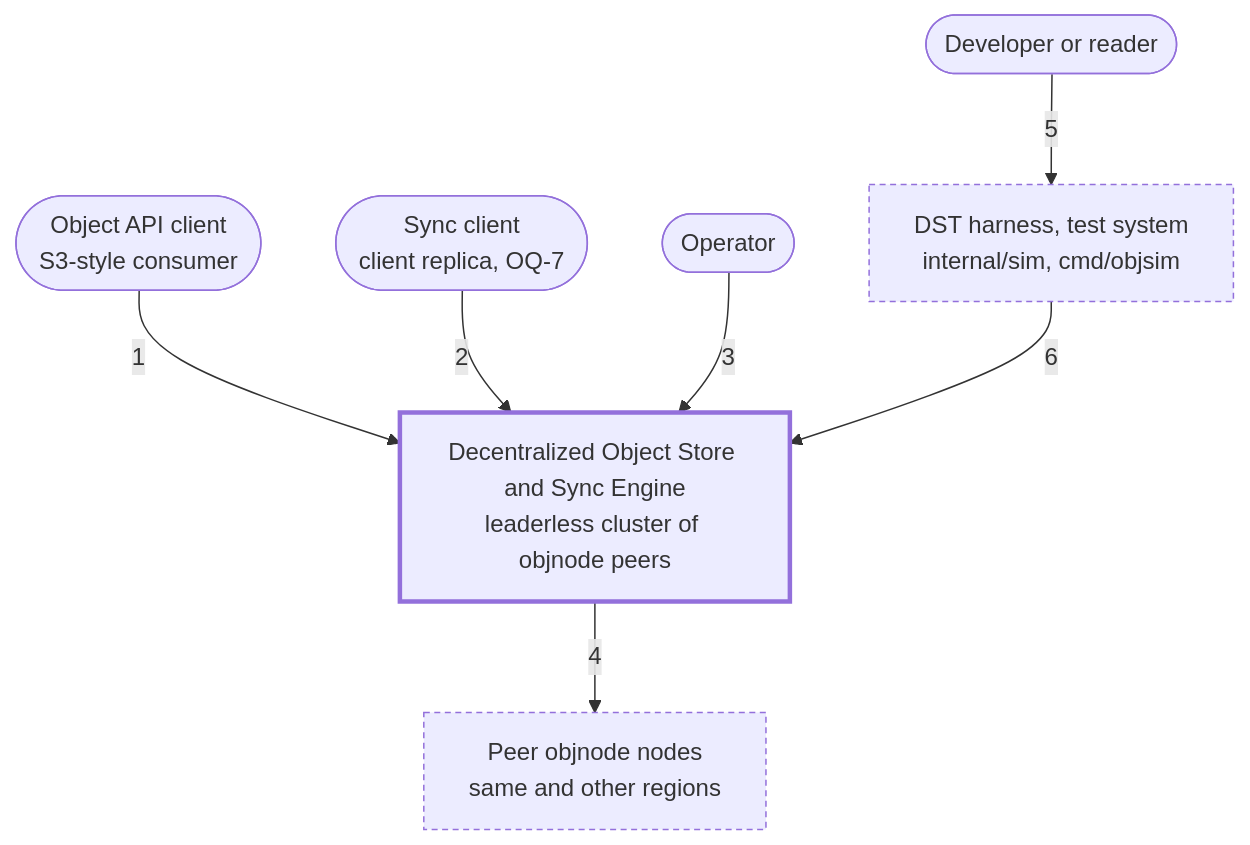
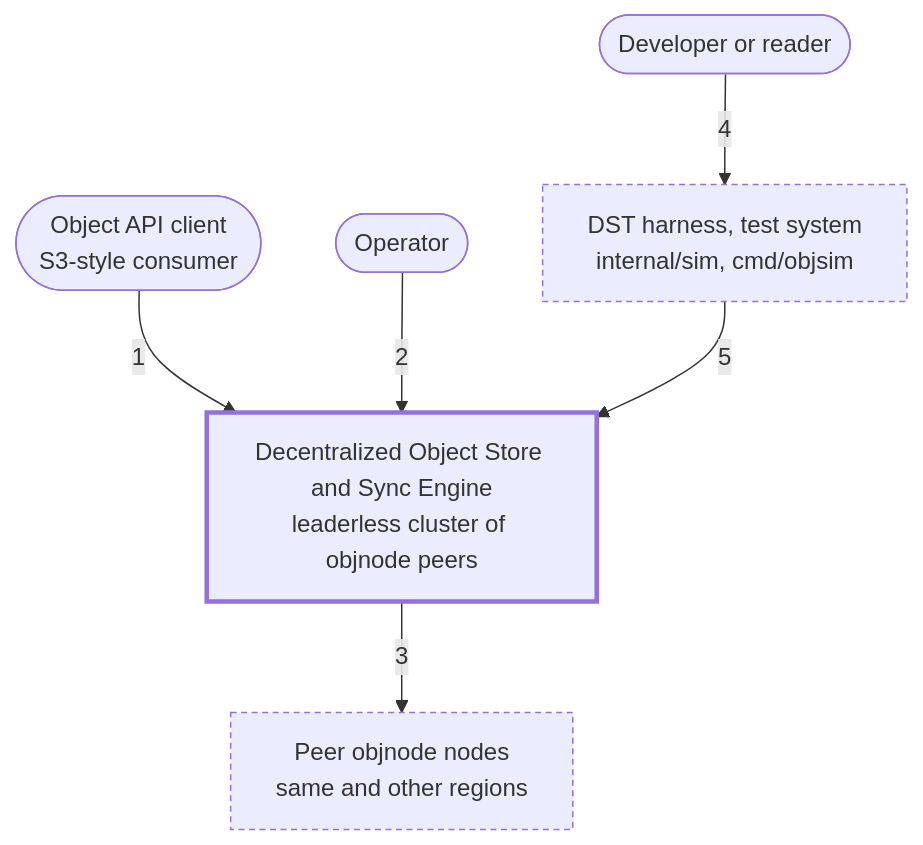
One commit to nickstrad/decentralized-object-store changed the diagram in docs/c4/01-system-context.md. Above: the diagram before and after it, drawn with Mermaid. The commit also changed other lines of this file and 10 other files, not shown here.

First line of the commit message:
c4: final pass — remove the unbuilt sync client; every element is as built

````diff
--- a/docs/c4/01-system-context.md
+++ b/docs/c4/01-system-context.md
@@ -7,20 +7,18 @@
 ```mermaid
 flowchart TB
   CLIENT(["Object API client<br/>S3-style consumer"])
-  SYNC(["Sync client<br/>client replica, OQ-7"])
   OPER(["Operator"])
   DEV(["Developer or reader"])
   STORE["Decentralized Object Store and Sync Engine<br/>leaderless cluster of objnode peers"]
   PEERS["Peer objnode nodes<br/>same and other regions"]
   DST["DST harness, test system<br/>internal/sim, cmd/objsim"]
   CLIENT -->|1| STORE
-  SYNC -->|2| STORE
-  OPER -->|3| STORE
-  STORE -->|4| PEERS
-  DEV -->|5| DST
-  DST -->|6| STORE
+  OPER -->|2| STORE
+  STORE -->|3| PEERS
+  DEV -->|4| DST
+  DST -->|5| STORE
   classDef focus stroke-width:3px
   classDef ext stroke-dasharray:4 3
   class STORE focus
   class PEERS,DST ext
 ```
````
